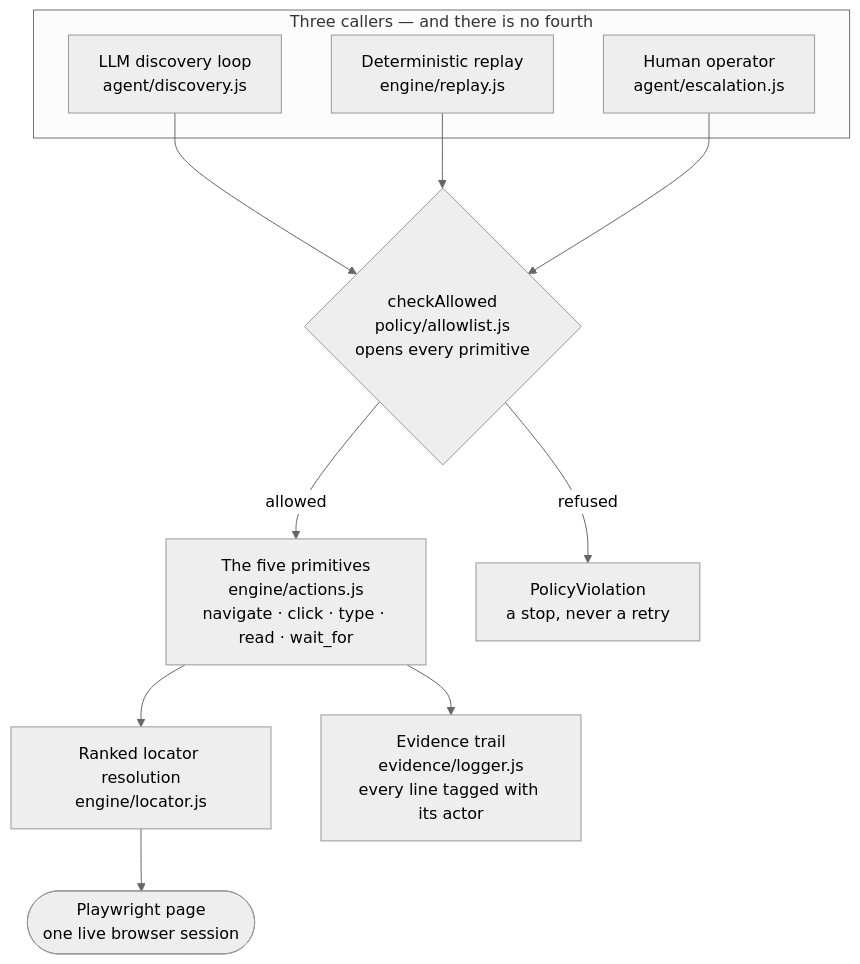
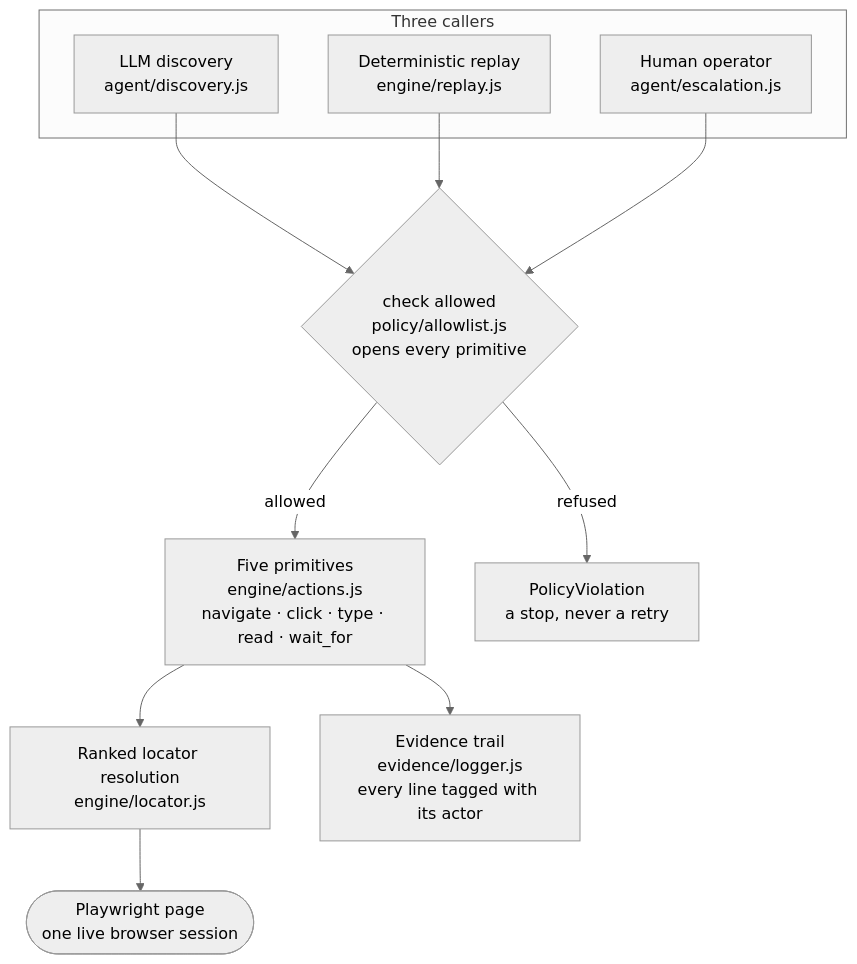
One commit to Nainicorn/interface-ai-cas-sk changed the first of 7 diagrams in docs/DESIGN.md. Above: the diagram before and after it, drawn with Mermaid (neutral theme). The commit also changed other lines of this file and 6 other files, not shown here.

````diff
--- a/docs/DESIGN.md
+++ b/docs/DESIGN.md
@@ -18,24 +18,24 @@
 ```mermaid
 flowchart TB
-    subgraph callers["Three callers — and there is no fourth"]
-        LLM["LLM discovery loop<br/>agent/discovery.js"]
+    subgraph callers["Three callers"]
+        LLM["LLM discovery<br/>agent/discovery.js"]
         REPLAY["Deterministic replay<br/>engine/replay.js"]
         HUMAN["Human operator<br/>agent/escalation.js"]
     end
 
-    GATE{"checkAllowed<br/>policy/allowlist.js<br/>opens every primitive"}
+    GATE{"check allowed<br/>policy/allowlist.js<br/>opens every primitive"}
 
-    ACTIONS["The five primitives<br/>engine/actions.js<br/>navigate · click · type · read · wait_for"]
+    ACTIONS["Five primitives<br/>engine/actions.js<br/>navigate · click · type · read · wait_for"]
 
     LOCATOR["Ranked locator resolution<br/>engine/locator.js"]
     PAGE(["Playwright page<br/>one live browser session"])
     LOG["Evidence trail<br/>evidence/logger.js<br/>every line tagged with its actor"]
 
     LLM --> GATE
     REPLAY --> GATE
     HUMAN --> GATE
     GATE -->|refused| STOP["PolicyViolation<br/>a stop, never a retry"]
     GATE -->|allowed| ACTIONS
     ACTIONS --> LOCATOR --> PAGE
     ACTIONS --> LOG
 ```
````
